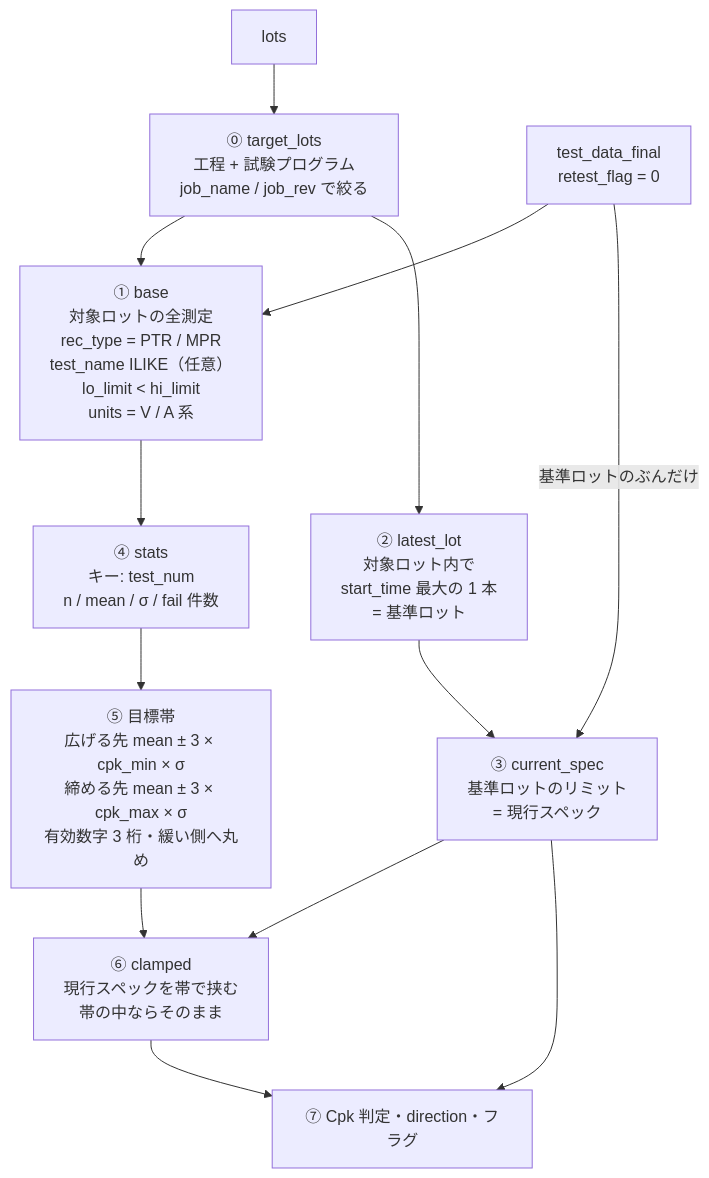
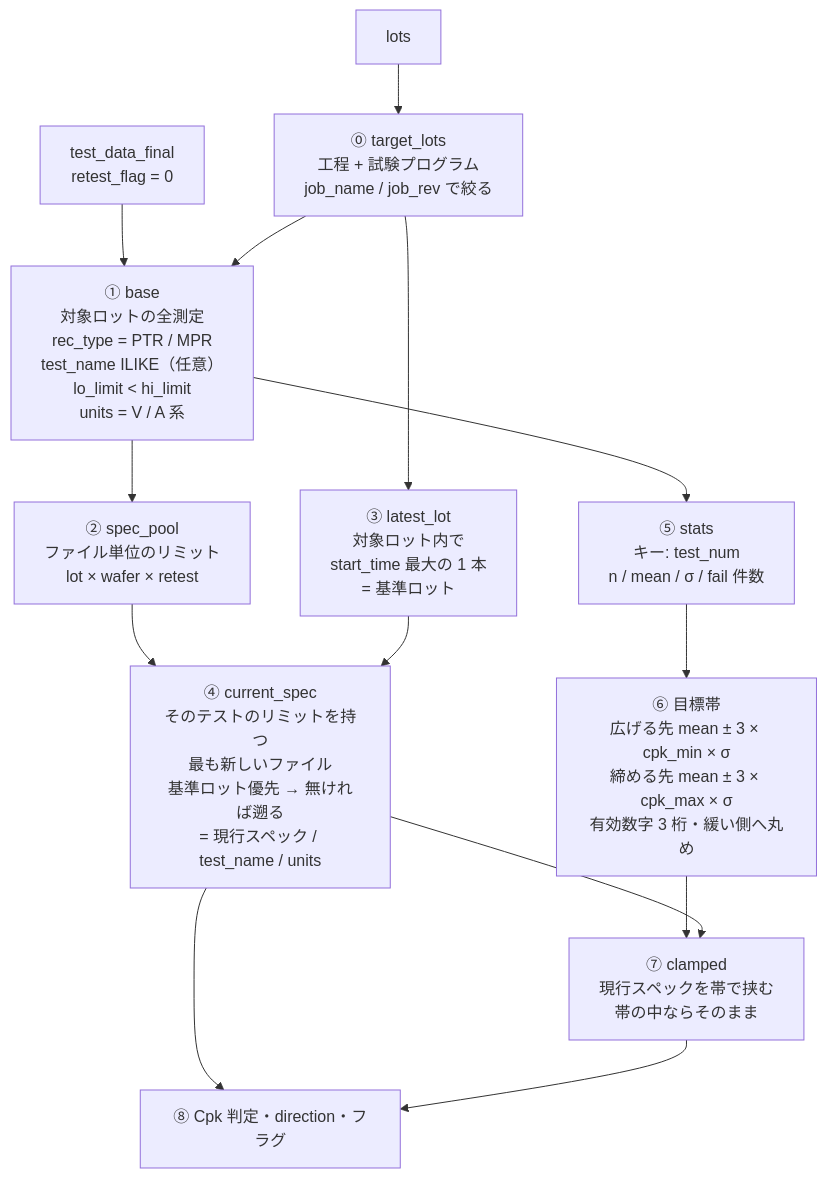
One commit to Kei0bb/STDF changed the first of 4 diagrams in docs/sample_queries.md. Above: the diagram before and after it, drawn with Mermaid. The commit also changed other lines of this file, not shown here.

````diff
--- a/docs/sample_queries.md
+++ b/docs/sample_queries.md
@@ -831,18 +845,19 @@
 ```mermaid
 flowchart TD
     LO["lots"] --> TL["⓪ target_lots<br/>工程 + 試験プログラム<br/>job_name / job_rev で絞る"]
     TD["test_data_final<br/>retest_flag = 0"] --> BASE
     TL --> BASE
     BASE["① base<br/>対象ロットの全測定<br/>rec_type = PTR / MPR<br/>test_name ILIKE（任意）<br/>lo_limit &lt; hi_limit<br/>units = V / A 系"]
 
-    TL --> LL["② latest_lot<br/>対象ロット内で<br/>start_time 最大の 1 本<br/>= 基準ロット"]
-    LL --> CS["③ current_spec<br/>基準ロットのリミット<br/>= 現行スペック"]
-    TD -->|"基準ロットのぶんだけ"| CS
+    BASE --> SP["② spec_pool<br/>ファイル単位のリミット<br/>lot × wafer × retest"]
+    TL --> LL["③ latest_lot<br/>対象ロット内で<br/>start_time 最大の 1 本<br/>= 基準ロット"]
+    SP --> CS["④ current_spec<br/>そのテストのリミットを持つ<br/>最も新しいファイル<br/>基準ロット優先 → 無ければ遡る<br/>= 現行スペック / test_name / units"]
+    LL --> CS
 
-    BASE --> ST["④ stats<br/>キー: test_num<br/>n / mean / σ / fail 件数"]
-    ST --> CAND["⑤ 目標帯<br/>広げる先 mean ± 3 × cpk_min × σ<br/>締める先 mean ± 3 × cpk_max × σ<br/>有効数字 3 桁・緩い側へ丸め"]
-    CAND --> CL["⑥ clamped<br/>現行スペックを帯で挟む<br/>帯の中ならそのまま"]
+    BASE --> ST["⑤ stats<br/>キー: test_num<br/>n / mean / σ / fail 件数"]
+    ST --> CAND["⑥ 目標帯<br/>広げる先 mean ± 3 × cpk_min × σ<br/>締める先 mean ± 3 × cpk_max × σ<br/>有効数字 3 桁・緩い側へ丸め"]
+    CAND --> CL["⑦ clamped<br/>現行スペックを帯で挟む<br/>帯の中ならそのまま"]
     CS --> CL
-    CS --> JUDGE["⑦ Cpk 判定・direction・フラグ"]
+    CS --> JUDGE["⑧ Cpk 判定・direction・フラグ"]
     CL --> JUDGE
 ```
````
